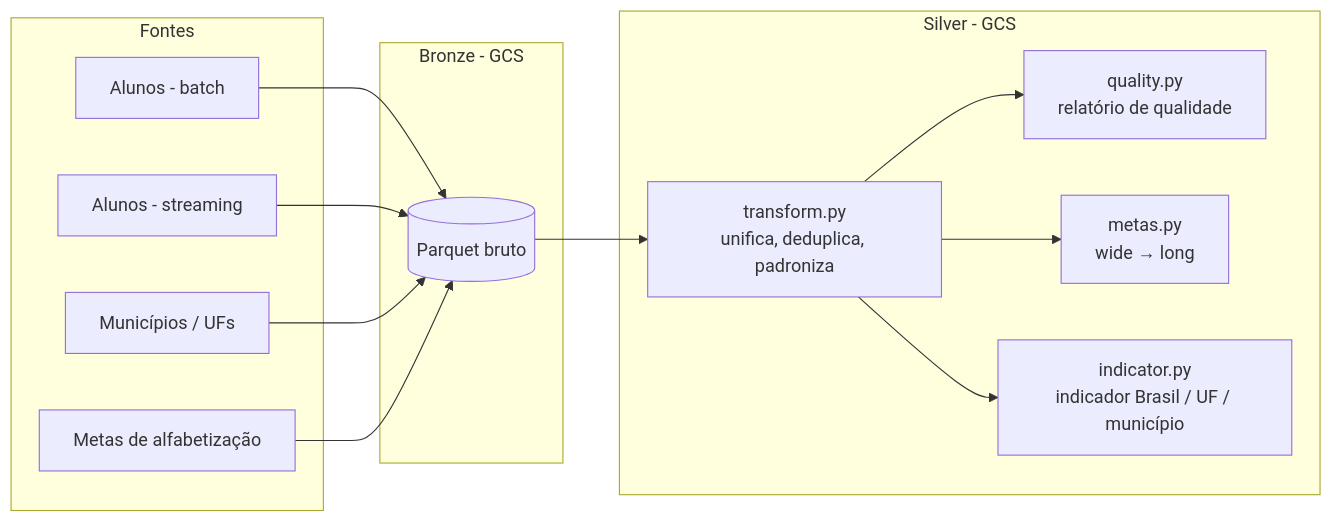
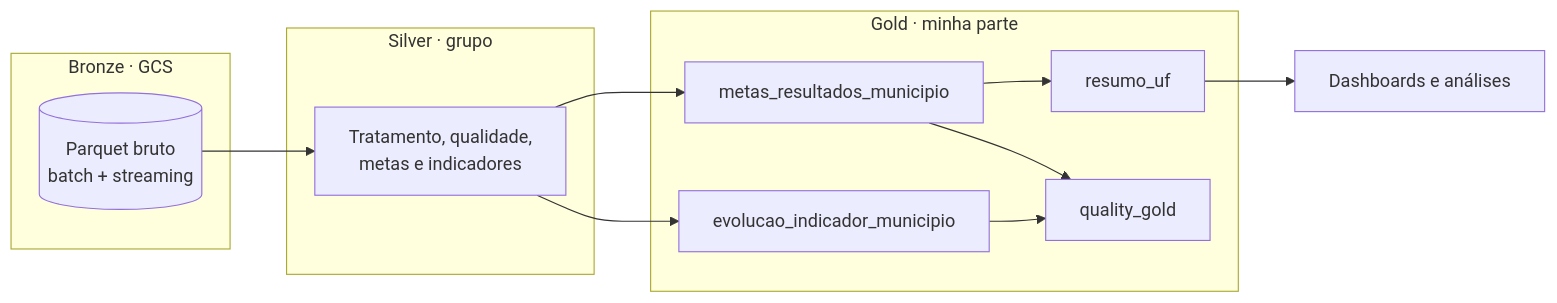
One commit to Matheus074/pipeline-dados-alfabetizacao changed the diagram in README.md. Above: the diagram before and after it, drawn with Mermaid. The commit also changed other lines of this file and 7 other files, not shown here.

First line of the commit message:
Adiciona a camada Gold e credita o projeto do grupo

````diff
--- a/README.md
+++ b/README.md
@@ -16,29 +18,25 @@
 ```mermaid
 flowchart LR
-    subgraph Fontes
-        A[Alunos - batch]
-        B[Alunos - streaming]
-        C[Municípios / UFs]
-        D[Metas de alfabetização]
+    subgraph Bronze[Bronze · GCS]
+        BR[(Parquet bruto<br/>batch + streaming)]
     end
 
-    subgraph Bronze[Bronze - GCS]
-        BR[(Parquet bruto)]
+    subgraph Silver[Silver · grupo]
+        S[Tratamento, qualidade,<br/>metas e indicadores]
     end
 
-    subgraph Silver[Silver - GCS]
-        T[transform.py<br/>unifica, deduplica, padroniza]
-        Q[quality.py<br/>relatório de qualidade]
-        M[metas.py<br/>wide → long]
-        I[indicator.py<br/>indicador Brasil / UF / município]
+    subgraph Gold[Gold · minha parte]
+        G1[metas_resultados_municipio]
+        G2[evolucao_indicador_municipio]
+        G3[resumo_uf]
+        GQ[quality_gold]
     end
 
-    A --> BR
-    B --> BR
-    C --> BR
-    D --> BR
-    BR --> T
-    T --> Q
-    T --> M
-    T --> I
+    BR --> S
+    S --> G1
+    S --> G2
+    G1 --> G3
+    G1 --> GQ
+    G2 --> GQ
+    G3 --> D[Dashboards e análises]
 ```
````
